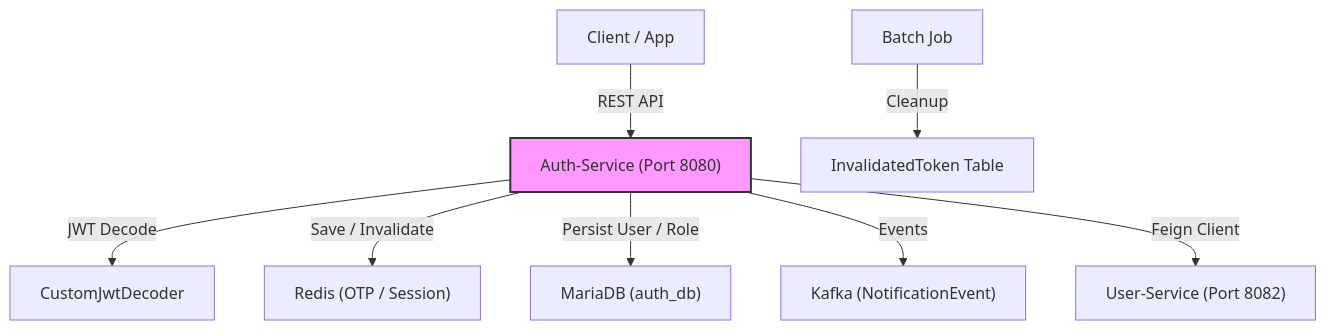
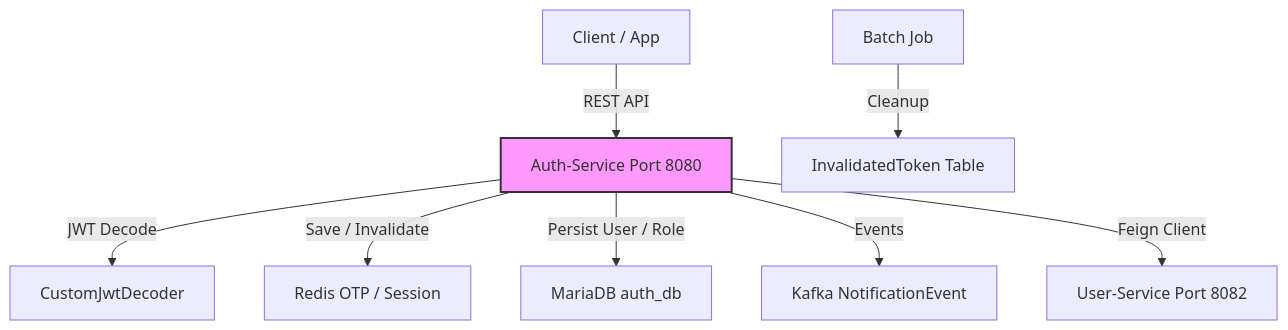
One commit to shopping-ecommerce/auth-service changed the diagram in README.md. Above: the diagram before and after it, drawn with Mermaid. The commit also changed other lines of this file, not shown here.

````diff
--- a/README.md
+++ b/README.md
@@ -17,12 +15,12 @@
 ```mermaid
-%%{init: {'theme': 'default'}}%%
 graph TD
-    A["Client / App"] -->|"REST API"| B["Auth-Service (Port 8080)"];
-    B -->|"JWT Decode"| C["CustomJwtDecoder"];
-    B -->|"Save / Invalidate"| D["Redis (OTP / Session)"];
-    B -->|"Persist User / Role"| E["MariaDB (auth_db)"];
-    B -->|"Events"| F["Kafka (NotificationEvent)"];
-    B -->|"Feign Client"| G["User-Service (Port 8082)"];
-    H["Batch Job"] -->|"Cleanup"| I["InvalidatedToken Table"];
-    style B fill:#f9f,stroke:#333,stroke-width:2px;
- ```
+    A[Client / App] -->|REST API| B[Auth-Service Port 8080]
+    B -->|JWT Decode| C[CustomJwtDecoder]
+    B -->|Save / Invalidate| D[Redis OTP / Session]
+    B -->|Persist User / Role| E[MariaDB auth_db]
+    B -->|Events| F[Kafka NotificationEvent]
+    B -->|Feign Client| G[User-Service Port 8082]
+    H[Batch Job] -->|Cleanup| I[InvalidatedToken Table]
+    
+    style B fill:#f9f,stroke:#333,stroke-width:2px
+```
````
